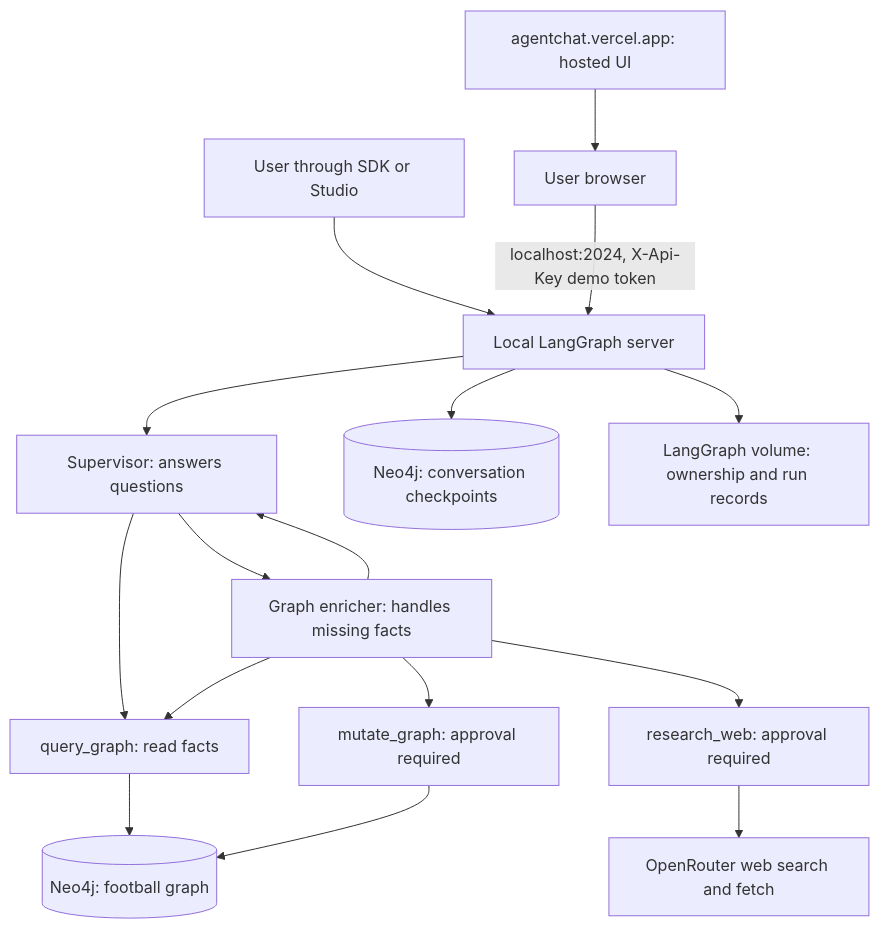
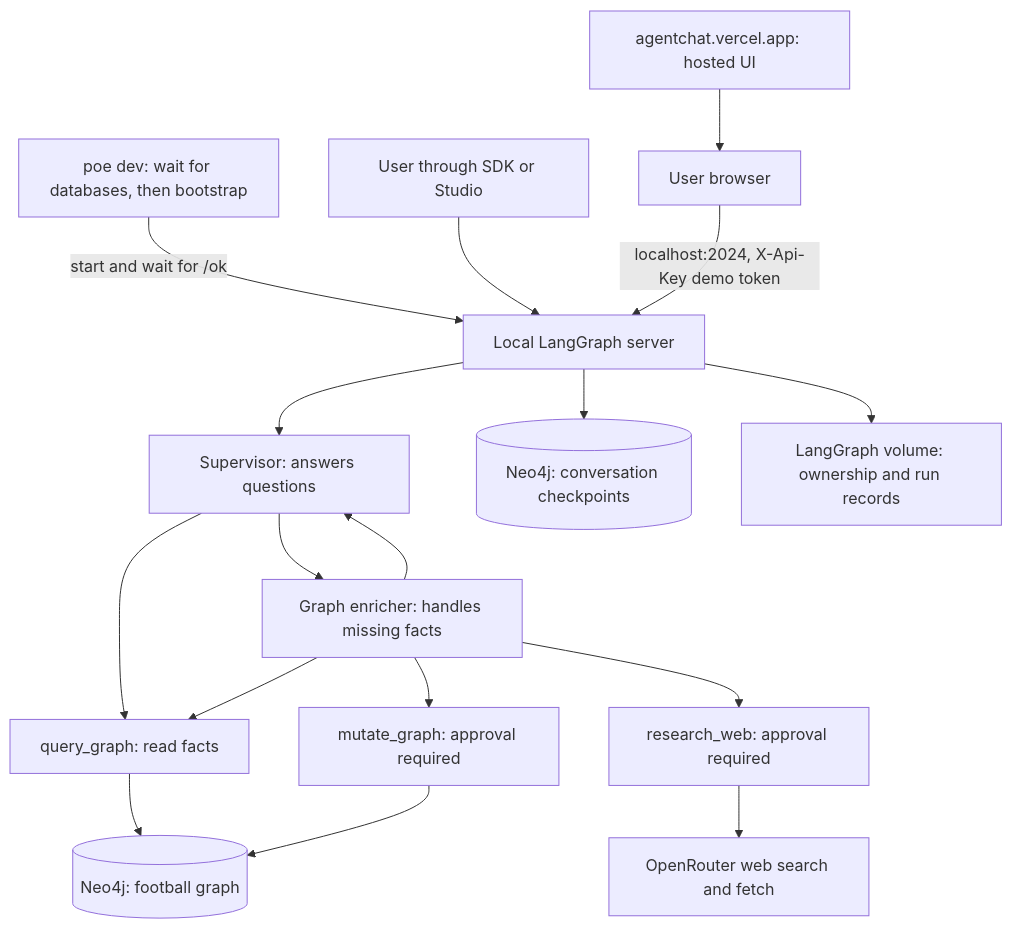
The first of 5 diagrams in docs/ARCHITECTURE.md (hd-o/world-cup-graph-agent), drawn with Mermaid before and after one commit. The commit also changed other lines of this file and 2 other files, not shown here.

Commit message:
fix: codespaces dev runtime

````diff
--- a/docs/ARCHITECTURE.md
+++ b/docs/ARCHITECTURE.md
@@ -23,18 +23,20 @@
 ```mermaid
 flowchart TD
-    User[User through SDK or Studio] --> Server[Local LangGraph server]
+    Dev["poe dev: wait for databases, then bootstrap"]
+    Dev -->|start and wait for /ok| Server[Local LangGraph server]
+    User[User through SDK or Studio] --> Server
     Site[agentchat.vercel.app: hosted UI] --> Browser[User browser]
     Browser -->|localhost:2024, X-Api-Key demo token| Server
     Server --> Supervisor[Supervisor: answers questions]
     Supervisor --> Query[query_graph: read facts]
     Query --> Football[(Neo4j: football graph)]
     Supervisor --> Enricher[Graph enricher: handles missing facts]
     Enricher --> Query
     Enricher --> Research[research_web: approval required]
     Research --> Web[OpenRouter web search and fetch]
     Enricher --> Mutation[mutate_graph: approval required]
     Mutation --> Football
     Enricher --> Supervisor
     Server --> Checkpoints[(Neo4j: conversation checkpoints)]
     Server --> Records[LangGraph volume: ownership and run records]
 ```
````
